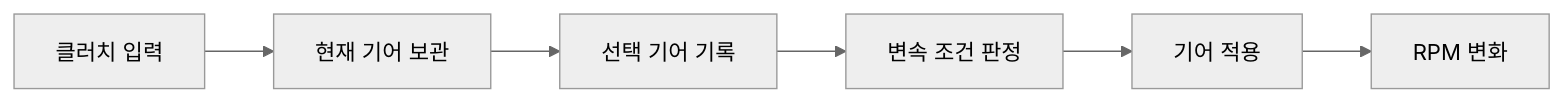
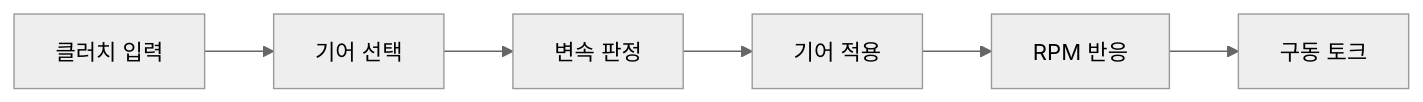
One commit to wjddh1999/ReadyToDrive-Showcase changed the diagram in CodeSamples/Transmission/README.md. Above: the diagram before and after it, drawn with Mermaid (neutral theme). The commit also changed other lines of this file, not shown here.

````diff
--- a/CodeSamples/Transmission/README.md
+++ b/CodeSamples/Transmission/README.md
@@ -5,8 +5,8 @@
 ```mermaid
 flowchart LR
-    A[클러치 입력] --> B[현재 기어 보관]
-    B --> C[선택 기어 기록]
-    C --> D[변속 조건 판정]
-    D --> E[기어 적용]
-    E --> F[RPM 변화]
+    A[클러치 입력] --> B[기어 선택]
+    B --> C[변속 판정]
+    C --> D[기어 적용]
+    D --> E[RPM 반응]
+    E --> F[구동 토크]
 ```
````
